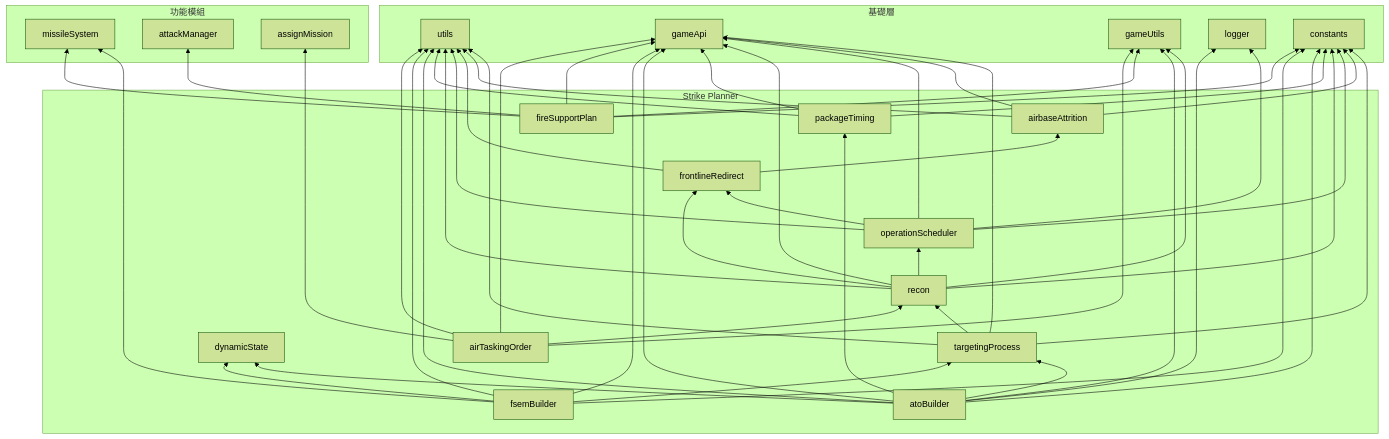
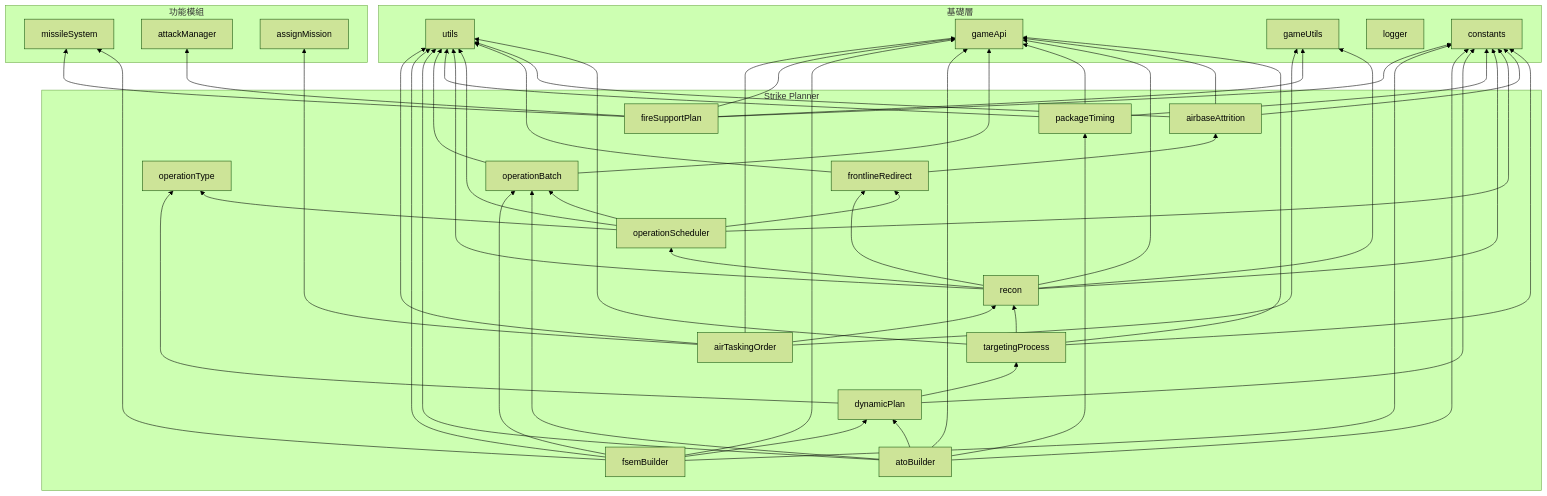
The third of 3 diagrams in docs/strikePlanner/README.md (pullupjumper/formosa-in-flames), drawn with Mermaid (forest theme) before and after one commit. The commit also changed other lines of this file and 11 other files, not shown here.

First line of the commit message:
docs(strikePlanner): document OperationBatch / DynamicPlan / OperationType

````diff
--- a/docs/strikePlanner/README.md
+++ b/docs/strikePlanner/README.md
@@ -216,41 +224,45 @@
 ```mermaid
 flowchart BT
     subgraph 基礎層
         UTILS["utils"]
         GAMEAPI["gameApi"]
         GAMEUTILS["gameUtils"]
         LOGGER["logger"]
         CONSTANTS["constants"]
     end
 
     subgraph 功能模組
         MISSILE["missileSystem"]
         ATTACK["attackManager"]
         ASSIGN["assignMission"]
     end
 
     subgraph Strike Planner
         TP["targetingProcess"]
         RECON["recon"]
-        DSTATE["dynamicState"]
+        OBATCH["operationBatch"]
+        OTYPE["operationType"]
+        DPLAN["dynamicPlan"]
         RSCHED["operationScheduler"]
         FREDIR["frontlineRedirect"]
         ATTR["airbaseAttrition"]
         ATO["airTaskingOrder"]
         FSP["fireSupportPlan"]
         DFSP["fsemBuilder"]
         DATO["atoBuilder"]
         PKGT["packageTiming"]
     end
 
     ATO --> UTILS & GAMEAPI & GAMEUTILS & ASSIGN & RECON
     FSP --> GAMEAPI & GAMEUTILS & ATTACK & MISSILE & CONSTANTS
-    DFSP --> TP & DSTATE & GAMEAPI & UTILS & MISSILE & CONSTANTS
-    DATO --> TP & DSTATE & PKGT & GAMEAPI & GAMEUTILS & UTILS & LOGGER & CONSTANTS
+    DFSP --> OBATCH & DPLAN & GAMEAPI & UTILS & MISSILE & CONSTANTS
+    DATO --> OBATCH & DPLAN & PKGT & GAMEAPI & UTILS & CONSTANTS
+    DPLAN --> TP & OTYPE & CONSTANTS
+    OBATCH --> GAMEAPI & UTILS
     PKGT --> GAMEAPI & UTILS & CONSTANTS
     RECON --> RSCHED & FREDIR & GAMEAPI & GAMEUTILS & UTILS & CONSTANTS
-    RSCHED --> FREDIR & GAMEAPI & UTILS & LOGGER & CONSTANTS
+    RSCHED --> OBATCH & OTYPE & FREDIR & UTILS & CONSTANTS
     FREDIR --> ATTR & UTILS
     ATTR --> GAMEAPI & UTILS & CONSTANTS
     TP --> GAMEAPI & UTILS & RECON & CONSTANTS
 ```
````
